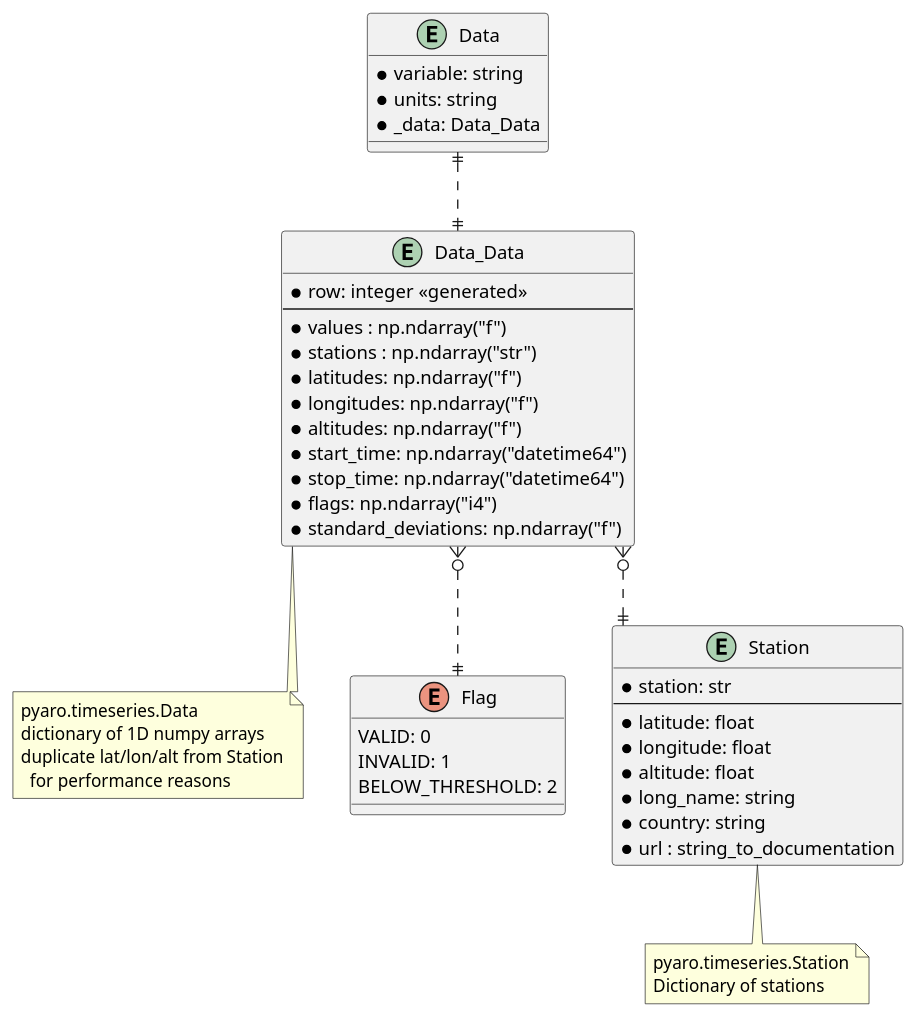
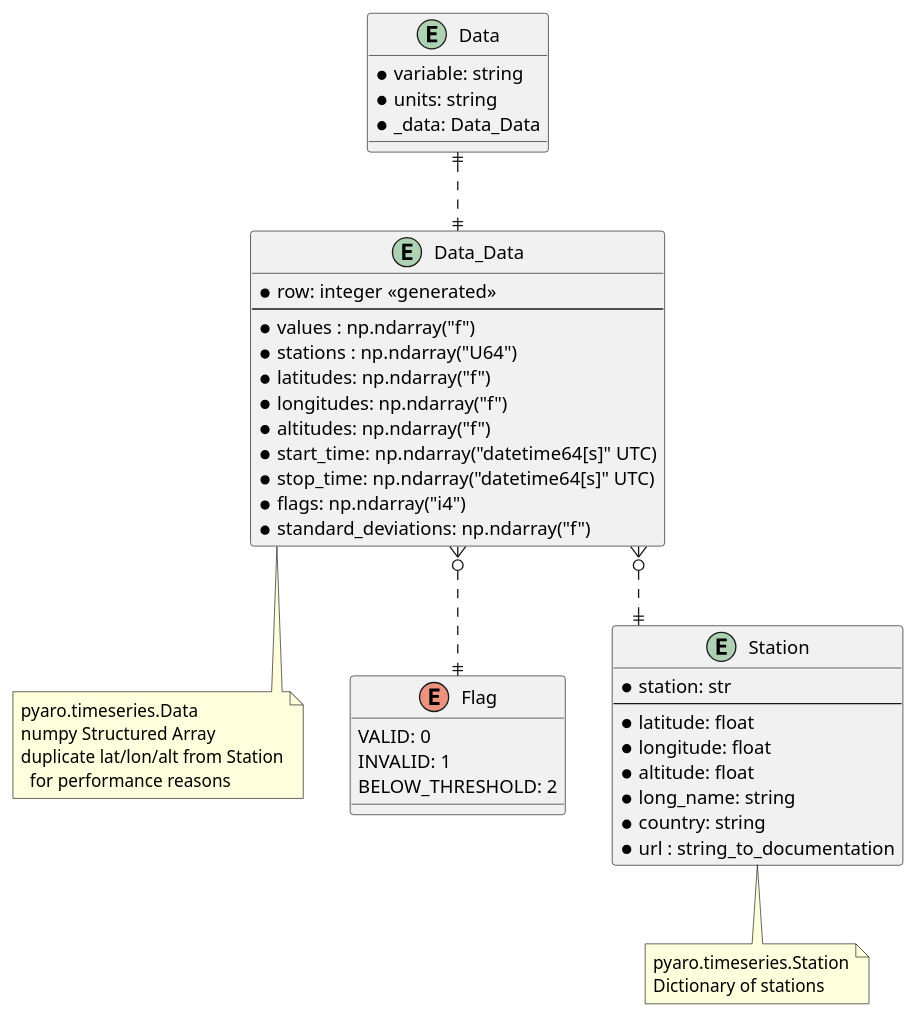
Before and after one commit to metno/pyaro: the diagram in docs/puml/TimeseriesReaderData.puml, drawn with PlantUML. The commit also changed 1 other file, not shown here.

```diff
--- a/docs/puml/TimeseriesReaderData.puml
+++ b/docs/puml/TimeseriesReaderData.puml
@@ -1,68 +1,68 @@
 @startuml
 ' hide the spot
 ' hide circle
 
 ' avoid problems with angled crows feet
 skinparam linetype ortho
 
 entity "Data" {
   *variable: string
   *units: string
   *_data: Data_Data
 }
 
 entity "Data_Data" {
   *row: integer <<generated>>
   --
   *values : np.ndarray("f")
-  *stations : np.ndarray("str")
+  *stations : np.ndarray("U64")
   *latitudes: np.ndarray("f")
   *longitudes: np.ndarray("f")
   *altitudes: np.ndarray("f")
-  *start_time: np.ndarray("datetime64")
-  *stop_time: np.ndarray("datetime64")
+  *start_time: np.ndarray("datetime64[s]" UTC)
+  *stop_time: np.ndarray("datetime64[s]" UTC)
   *flags: np.ndarray("i4")
   *standard_deviations: np.ndarray("f")
 }
 note bottom of Data_Data
 pyaro.timeseries.Data
-dictionary of 1D numpy arrays
+numpy Structured Array
 duplicate lat/lon/alt from Station
   for performance reasons
 end note
 
 enum "Flag" {
   VALID: 0
   INVALID: 1
   BELOW_THRESHOLD: 2
 }
 
 entity "Station" {
   *station: str
   --
   *latitude: float
   *longitude: float
   *altitude: float
   *long_name: string
   *country: string
   *url : string_to_documentation
 }
 note bottom of Station
 pyaro.timeseries.Station
 Dictionary of stations
 end note
 
 ' entity "Variable" {
 '   *variable: string
 '   *units: string
 ' }
 ' note right of Variable
 ' Dictionary
 ' end note
 
 Data ||..|| Data_Data
 Data_Data }o..|| Station
 Data_Data }o..|| Flag
 ' TimeseriesReaderData }o..|| Variable
 
 @enduml
```
